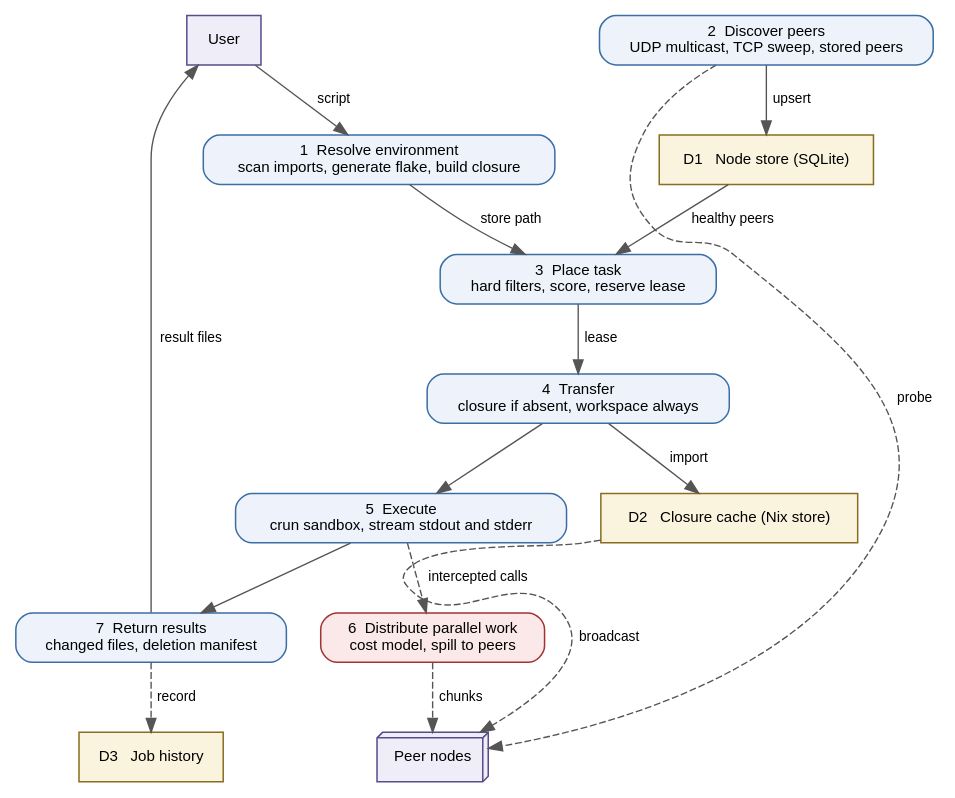
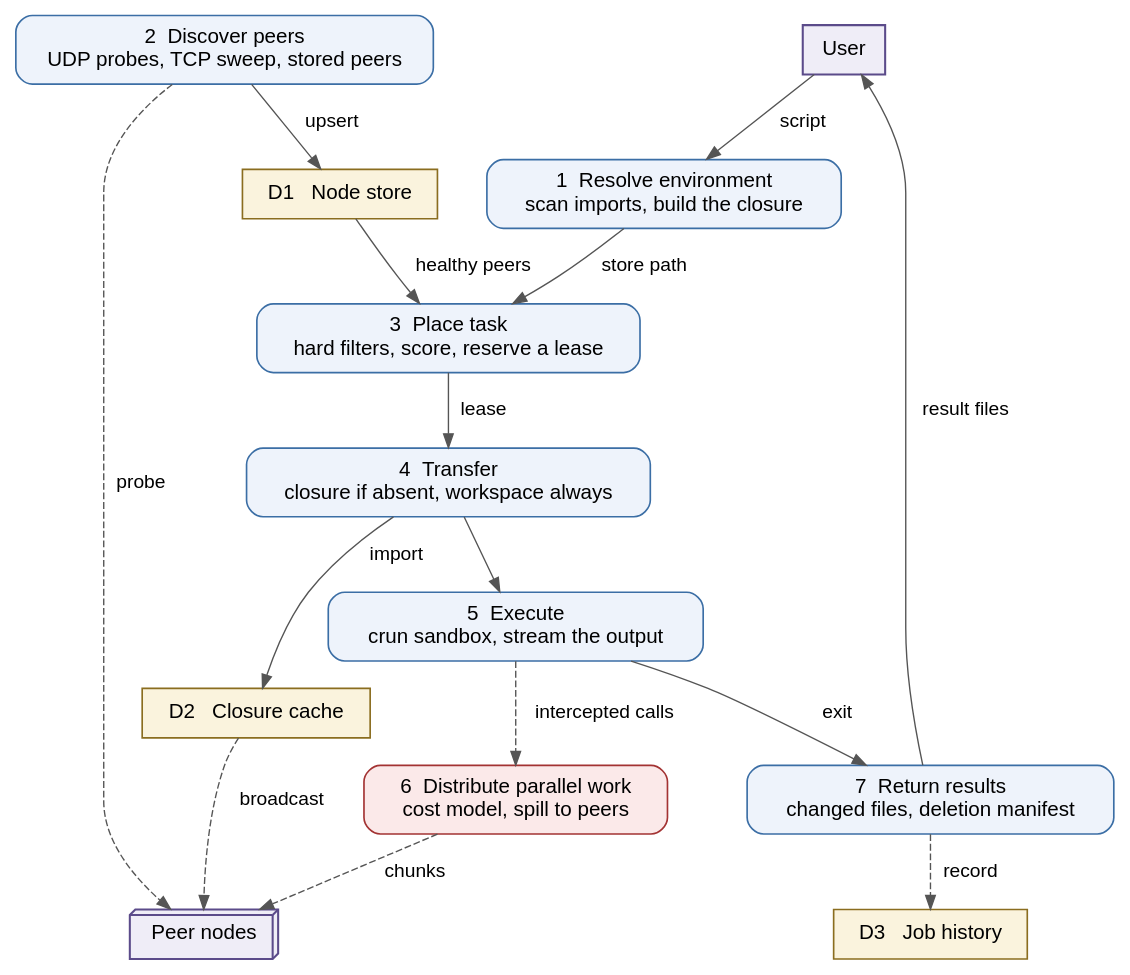
One commit to vinayakyadav2709/Pipedpeer changed the diagram in docs/diagrams/src/fig_3.3_dfd_level1.dot. Above: the diagram before and after it, drawn with Graphviz. The commit also changed 34 other files, not shown here.

```diff
--- a/docs/diagrams/src/fig_3.3_dfd_level1.dot
+++ b/docs/diagrams/src/fig_3.3_dfd_level1.dot
@@ -1,37 +1,44 @@
 // Figure 3.3 - Level 1 DFD (decomposition of the daemon).
+// Process 6 is placed before 7 so the numbering matches the reading order, and
+// the peer-facing edges leave from the right so none has to double back.
 digraph DFD1 {
-  rankdir=TB; bgcolor="white"; nodesep=0.35; ranksep=0.55;
-  node [fontname="Helvetica", fontsize=11, shape=box, style="rounded,filled",
-        fillcolor="#eef3fb", color="#3b6ea5", penwidth=1.1, margin="0.14,0.09"];
-  edge [fontname="Helvetica", fontsize=10, color="#555555"];
+  rankdir=TB; bgcolor="white"; nodesep=0.40; ranksep=0.55;
+  node [fontname="Helvetica", fontsize=15, shape=box, style="rounded,filled",
+        fillcolor="#eef3fb", color="#3b6ea5", penwidth=1.2, margin="0.18,0.11"];
+  edge [fontname="Helvetica", fontsize=14, color="#555555"];
 
-  user [label="User", shape=box, style=filled, fillcolor="#efedf7", color="#5b4b8a"];
-  peers [label="Peer nodes", shape=box3d, style=filled, fillcolor="#efedf7", color="#5b4b8a"];
+  user  [label="User", shape=box, style=filled, fillcolor="#efedf7", color="#5b4b8a", penwidth=1.5];
+  peers [label="Peer nodes", shape=box3d, style=filled, fillcolor="#efedf7", color="#5b4b8a", penwidth=1.5];
 
-  p1 [label="1  Resolve environment\nscan imports, generate flake, build closure"];
-  p2 [label="2  Discover peers\nUDP multicast, TCP sweep, stored peers"];
-  p3 [label="3  Place task\nhard filters, score, reserve lease"];
+  p1 [label="1  Resolve environment\nscan imports, build the closure"];
+  p2 [label="2  Discover peers\nUDP probes, TCP sweep, stored peers"];
+  p3 [label="3  Place task\nhard filters, score, reserve a lease"];
   p4 [label="4  Transfer\nclosure if absent, workspace always"];
-  p5 [label="5  Execute\ncrun sandbox, stream stdout and stderr"];
+  p5 [label="5  Execute\ncrun sandbox, stream the output"];
   p6 [label="6  Distribute parallel work\ncost model, spill to peers", fillcolor="#fbe9e9", color="#a33333"];
   p7 [label="7  Return results\nchanged files, deletion manifest"];
 
-  d1 [label="D1   Node store (SQLite)", shape=box, style=filled, fillcolor="#faf3dd", color="#8a6d1f"];
-  d2 [label="D2   Closure cache (Nix store)", shape=box, style=filled, fillcolor="#faf3dd", color="#8a6d1f"];
+  d1 [label="D1   Node store", shape=box, style=filled, fillcolor="#faf3dd", color="#8a6d1f"];
+  d2 [label="D2   Closure cache", shape=box, style=filled, fillcolor="#faf3dd", color="#8a6d1f"];
   d3 [label="D3   Job history", shape=box, style=filled, fillcolor="#faf3dd", color="#8a6d1f"];
 
-  user -> p1 [label=" script "];
-  p1 -> p3 [label=" store path "];
-  p2 -> d1 [label=" upsert "];
-  d1 -> p3 [label=" healthy peers "];
-  p3 -> p4 [label=" lease "];
-  p4 -> d2 [label=" import "];
+  user -> p1 [label="  script  "];
+  p1 -> p3 [label="  store path  "];
+  p2 -> d1 [label="  upsert  "];
+  d1 -> p3 [label="  healthy peers  "];
+  p3 -> p4 [label="  lease  "];
+  p4 -> d2 [label="  import  "];
   p4 -> p5;
-  p5 -> p6 [label=" intercepted calls ", style=dashed];
-  p6 -> peers [label=" chunks ", style=dashed];
-  p5 -> p7;
-  p7 -> user [label=" result files "];
-  p7 -> d3 [label=" record ", style=dashed];
-  p2 -> peers [label=" probe ", style=dashed, constraint=false];
-  d2 -> peers [label=" broadcast ", style=dashed, constraint=false];
+  p5 -> p6 [label="  intercepted calls  ", style=dashed];
+  p6 -> p7 [style=invis];
+  p5 -> p7 [label="  exit  "];
+  p7 -> user [label="  result files  "];
+  p7 -> d3 [label="  record  ", style=dashed];
+
+  // Everything that talks to a peer leaves from the right-hand column.
+  p2 -> peers [label="  probe  ", style=dashed];
+  d2 -> peers [label="  broadcast  ", style=dashed];
+  p6 -> peers [label="  chunks  ", style=dashed];
+
+  { rank=same; p6; p7; }
 }
```
